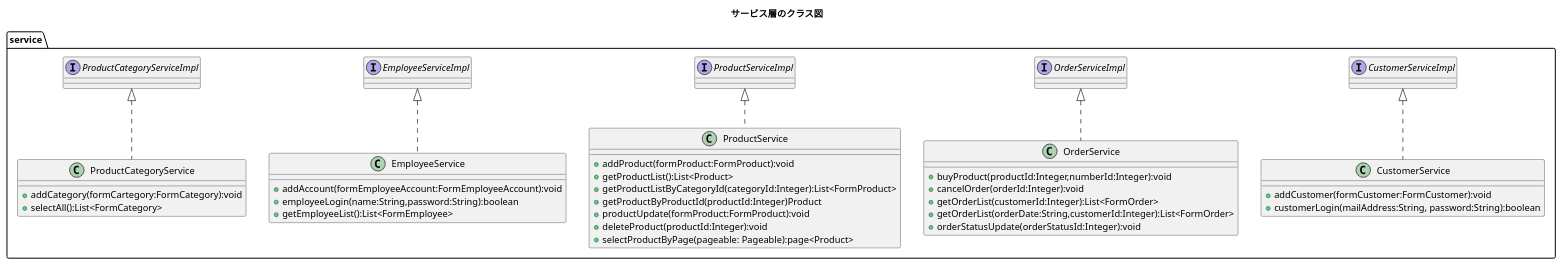
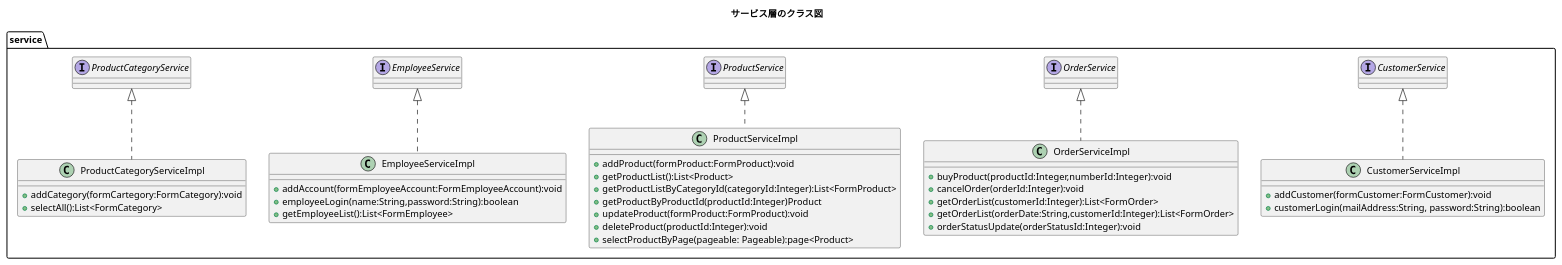
Before and after one commit to kanavii3333/ec-b: the diagram in plan/uml/class/service.plantuml, drawn with PlantUML. The commit also changed other lines of this file, not shown here.

Commit message:
service層のクラス図

```diff
--- a/plan/uml/class/service.plantuml
+++ b/plan/uml/class/service.plantuml
@@ -1,42 +2,42 @@
 @startuml
 title サービス層のクラス図
 package service{
-	class CustomerService implements CustomerServiceImpl{
+	class CustomerServiceImpl implements CustomerService{
 		+ addCustomer(formCustomer:FormCustomer):void
 		+ customerLogin(mailAddress:String, password:String):boolean
 	}
 	
-	class OrderService implements OrderServiceImpl{
+	class OrderServiceImpl implements OrderService{
 		+ buyProduct(productId:Integer,numberId:Integer):void
 		+ cancelOrder(orderId:Integer):void
 		+ getOrderList(customerId:Integer):List<FormOrder>
 		+ getOrderList(orderDate:String,customerId:Integer):List<FormOrder>
 		+ orderStatusUpdate(orderStatusId:Integer):void
 	}
 	
-	class ProductService implements ProductServiceImpl{
+	class ProductServiceImpl implements ProductService{
 		+ addProduct(formProduct:FormProduct):void
 		+ getProductList():List<Product>
 		+ getProductListByCategoryId(categoryId:Integer):List<FormProduct>
 		+ getProductByProductId(productId:Integer)Product
-		+ productUpdate(formProduct:FormProduct):void
+		+ updateProduct(formProduct:FormProduct):void
 		+ deleteProduct(productId:Integer):void
 		+ selectProductByPage(pageable: Pageable):page<Product>
 	}
 
 
-	class EmployeeService implements EmployeeServiceImpl{
+	class EmployeeServiceImpl implements EmployeeService{
 		+ addAccount(formEmployeeAccount:FormEmployeeAccount):void
 		+ employeeLogin(name:String,password:String):boolean
 		+ getEmployeeList():List<FormEmployee>
 	}
 	
-	class ProductCategoryService implements ProductCategoryServiceImpl{
+	class ProductCategoryServiceImpl implements ProductCategoryService{
 		+ addCategory(formCartegory:FormCategory):void
 		+ selectAll():List<FormCategory>
 	}	
 }
 
 
 
 @enduml
```
